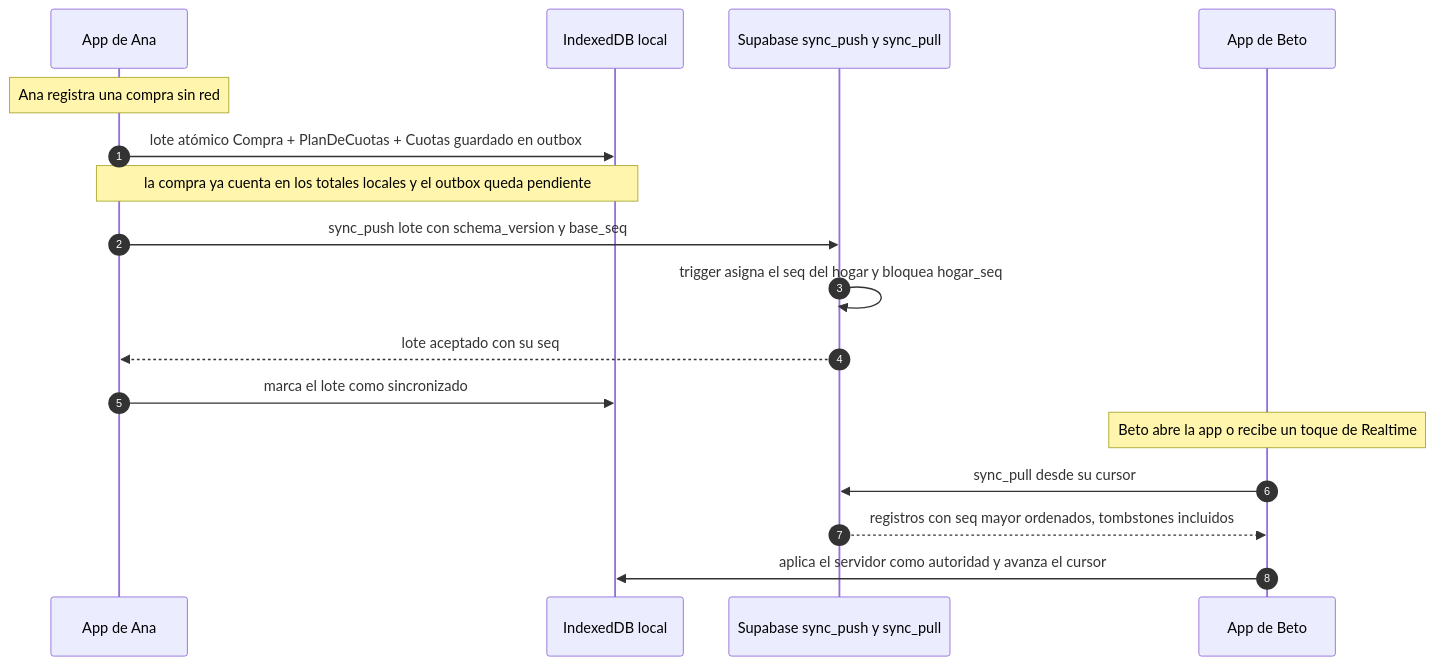
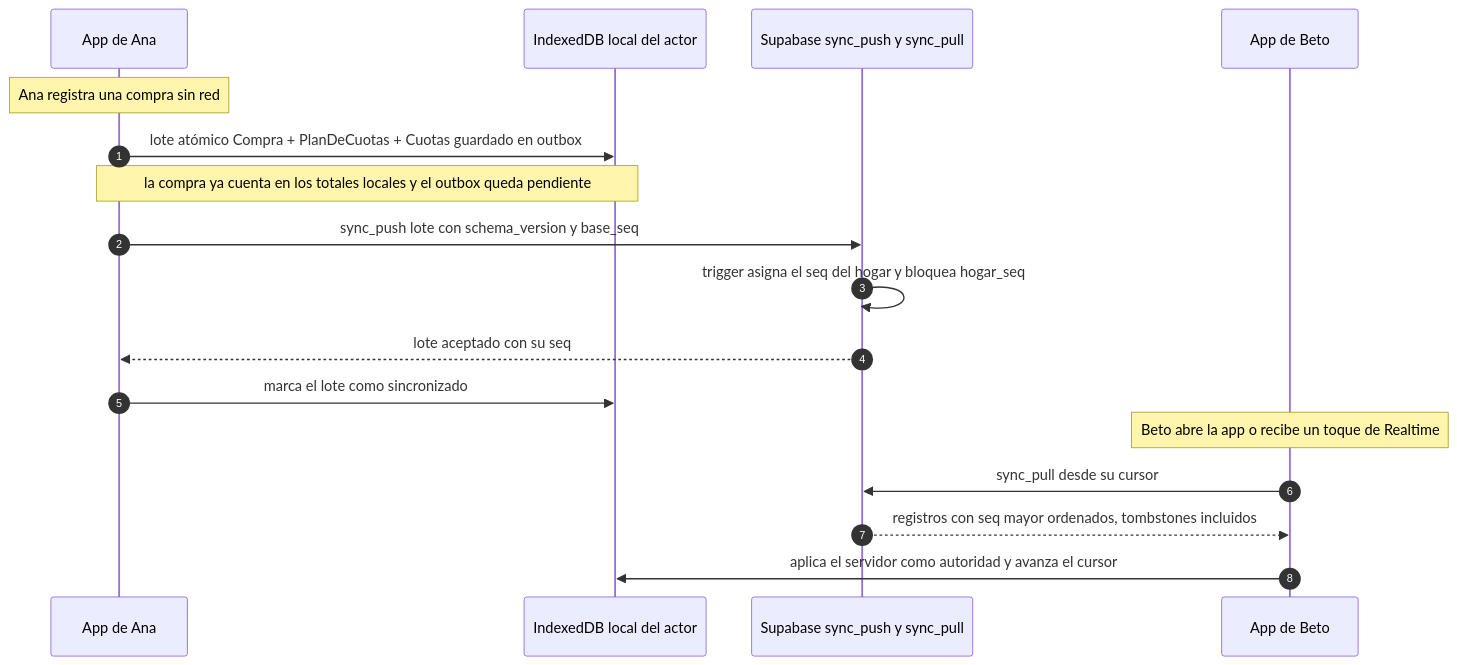
One commit to meperdev/hogar-app changed the second of 2 diagrams in docs/architecture.md. Above: the diagram before and after it, drawn with Mermaid. The commit also changed other lines of this file and 5 other files, not shown here.

````diff
--- a/docs/architecture.md
+++ b/docs/architecture.md
@@ -191,19 +236,19 @@
 ```mermaid
 sequenceDiagram
     autonumber
     participant A as App de Ana
-    participant DL as IndexedDB local
+    participant DL as IndexedDB local del actor
     participant S as Supabase sync_push y sync_pull
     participant B as App de Beto
     Note over A: Ana registra una compra sin red
     A->>DL: lote atómico Compra + PlanDeCuotas + Cuotas guardado en outbox
     Note over A,DL: la compra ya cuenta en los totales locales y el outbox queda pendiente
     A->>S: sync_push lote con schema_version y base_seq
     S->>S: trigger asigna el seq del hogar y bloquea hogar_seq
     S-->>A: lote aceptado con su seq
     A->>DL: marca el lote como sincronizado
     Note over B: Beto abre la app o recibe un toque de Realtime
     B->>S: sync_pull desde su cursor
     S-->>B: registros con seq mayor ordenados, tombstones incluidos
     B->>DL: aplica el servidor como autoridad y avanza el cursor
 ```
````
